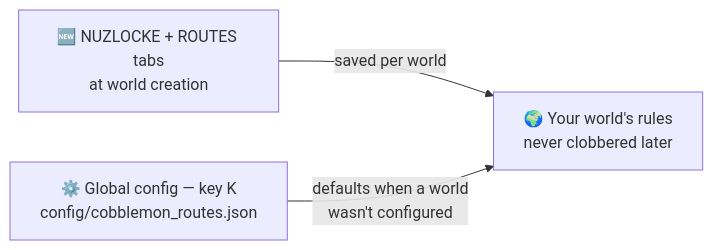
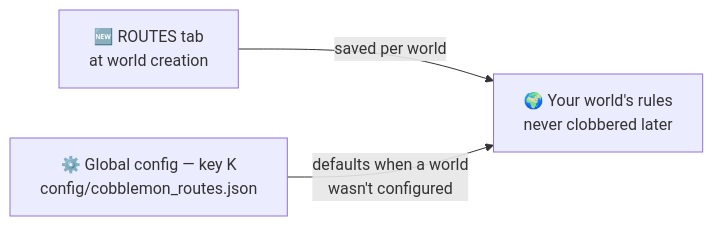
Before and after one commit to manucruzleiva/mod-wiki: the diagram in docs/routes/configuration.md, drawn with Mermaid. The commit also changed other lines of this file and 6 other files, not shown here.

First line of the commit message:
docs: move the Nuzlocke surface out of the Routes section

````diff
--- a/docs/routes/configuration.md
+++ b/docs/routes/configuration.md
@@ -7,5 +12,5 @@
 ```mermaid
 flowchart LR
-    T[🆕 NUZLOCKE + ROUTES tabs<br/>at world creation] -->|saved per world| W[🌍 Your world's rules<br/>never clobbered later]
+    T[🆕 ROUTES tab<br/>at world creation] -->|saved per world| W[🌍 Your world's rules<br/>never clobbered later]
     K[⚙️ Global config — key K<br/>config/cobblemon_routes.json] -->|defaults when a world<br/>wasn't configured| W
 ```
````
